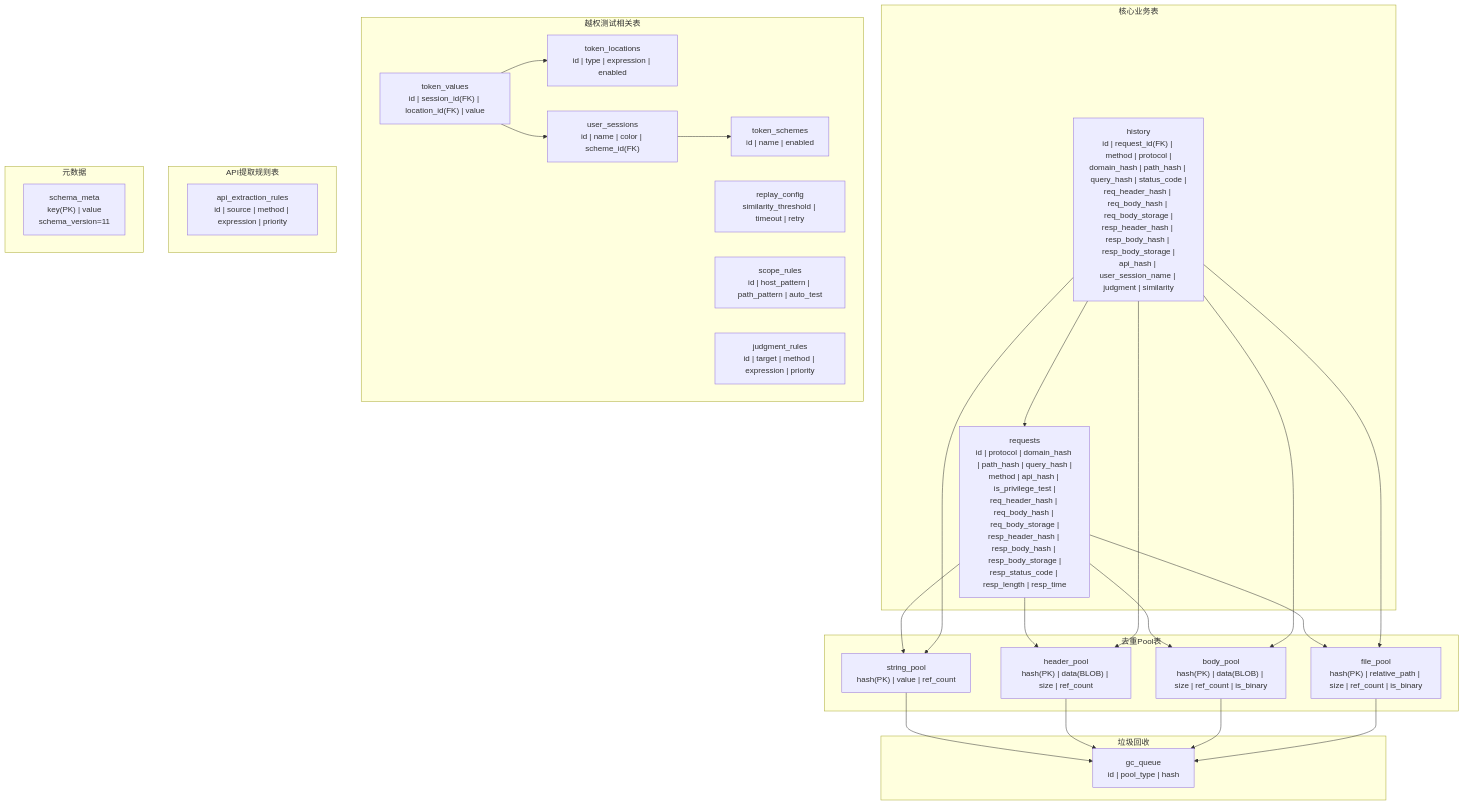
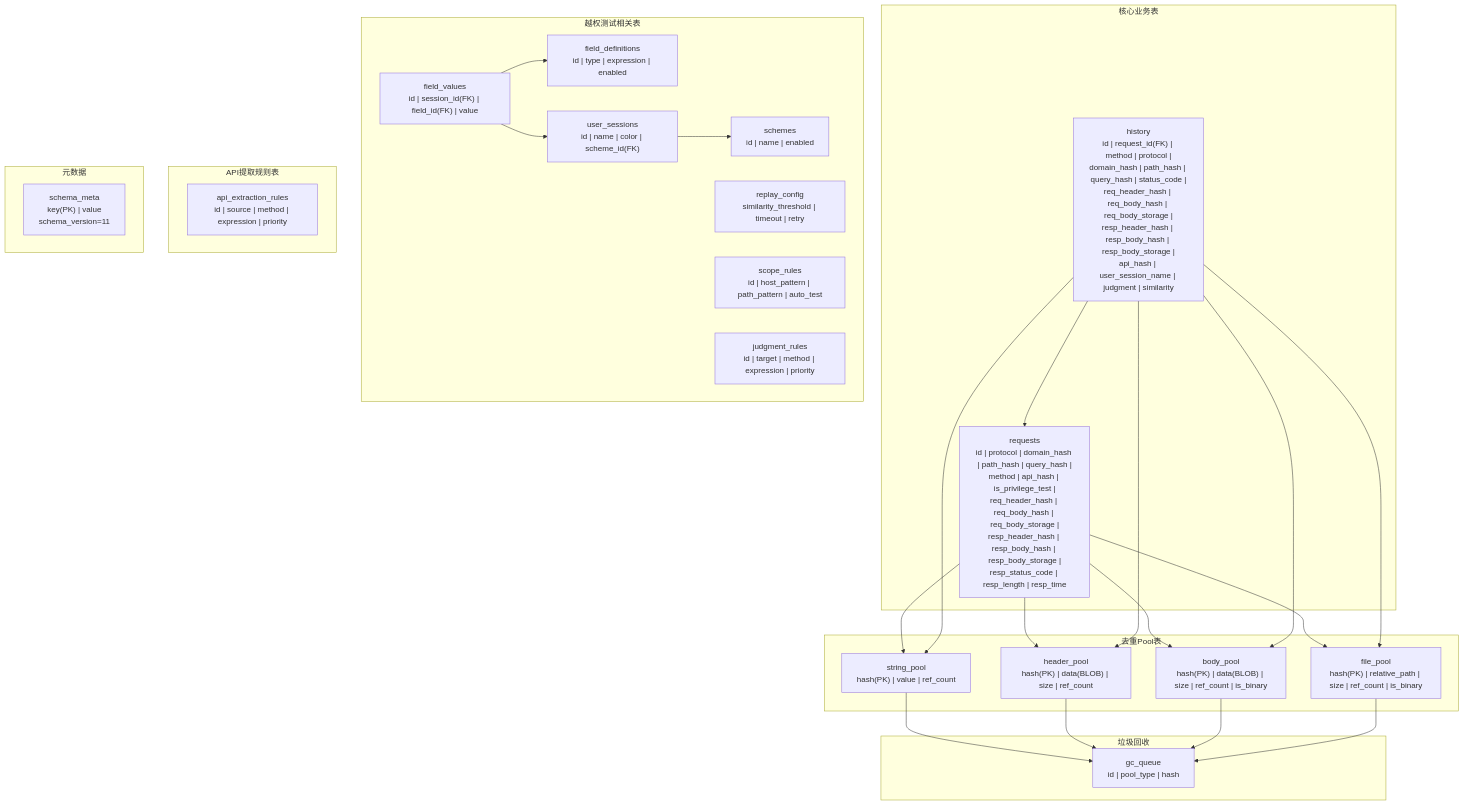
Before and after one commit to GitHubNull/repeaterManger: diagram 27 of 28 in doc/data_flow_analysis.md, drawn with Mermaid. The commit also changed other lines of this file and 72 other files, not shown here.

First line of the commit message:
feat(privilege): TokenScheme/TokenLocation 重构为 Scheme/FieldDefinition 体系

````diff
--- a/doc/data_flow_analysis.md
+++ b/doc/data_flow_analysis.md
@@ -1082,53 +1082,53 @@
 ```mermaid
 graph TB
     subgraph Core["核心业务表"]
         R["requests<br/>id | protocol | domain_hash | path_hash | query_hash |<br/>method | api_hash | is_privilege_test |<br/>req_header_hash | req_body_hash | req_body_storage |<br/>resp_header_hash | resp_body_hash | resp_body_storage |<br/>resp_status_code | resp_length | resp_time"]
         H["history<br/>id | request_id(FK) | method | protocol |<br/>domain_hash | path_hash | query_hash | status_code |<br/>req_header_hash | req_body_hash | req_body_storage |<br/>resp_header_hash | resp_body_hash | resp_body_storage |<br/>api_hash | user_session_name | judgment | similarity"]
     end
 
     subgraph Pools["去重Pool表"]
         SP["string_pool<br/>hash(PK) | value | ref_count"]
         HP["header_pool<br/>hash(PK) | data(BLOB) | size | ref_count"]
         BP["body_pool<br/>hash(PK) | data(BLOB) | size | ref_count | is_binary"]
         FP["file_pool<br/>hash(PK) | relative_path | size | ref_count | is_binary"]
     end
 
     subgraph GC["垃圾回收"]
         GCQ["gc_queue<br/>id | pool_type | hash"]
     end
 
     subgraph Privilege["越权测试相关表"]
-        TL["token_locations<br/>id | type | expression | enabled"]
-        TS["token_schemes<br/>id | name | enabled"]
+        TL["field_definitions<br/>id | type | expression | enabled"]
+        TS["schemes<br/>id | name | enabled"]
         US["user_sessions<br/>id | name | color | scheme_id(FK)"]
-        TV["token_values<br/>id | session_id(FK) | location_id(FK) | value"]
+        TV["field_values<br/>id | session_id(FK) | field_id(FK) | value"]
         RC["replay_config<br/>similarity_threshold | timeout | retry"]
         SCOPE["scope_rules<br/>id | host_pattern | path_pattern | auto_test"]
         JR["judgment_rules<br/>id | target | method | expression | priority"]
     end
 
     subgraph API["API提取规则表"]
         AER["api_extraction_rules<br/>id | source | method | expression | priority"]
     end
 
     subgraph Meta["元数据"]
         SM["schema_meta<br/>key(PK) | value<br/>schema_version=11"]
     end
 
     R --> SP
     R --> HP
     R --> BP
     R --> FP
     H --> SP
     H --> HP
     H --> BP
     H --> FP
     H --> R
     US --> TS
     TV --> US
     TV --> TL
     SP --> GCQ
     HP --> GCQ
     BP --> GCQ
     FP --> GCQ
 ```
````
